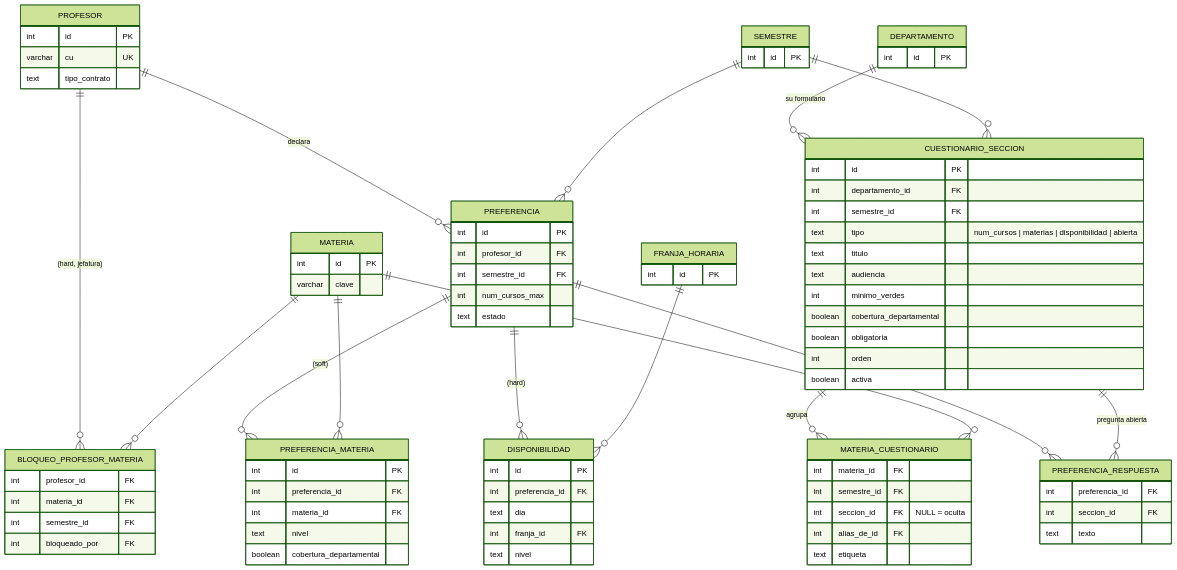
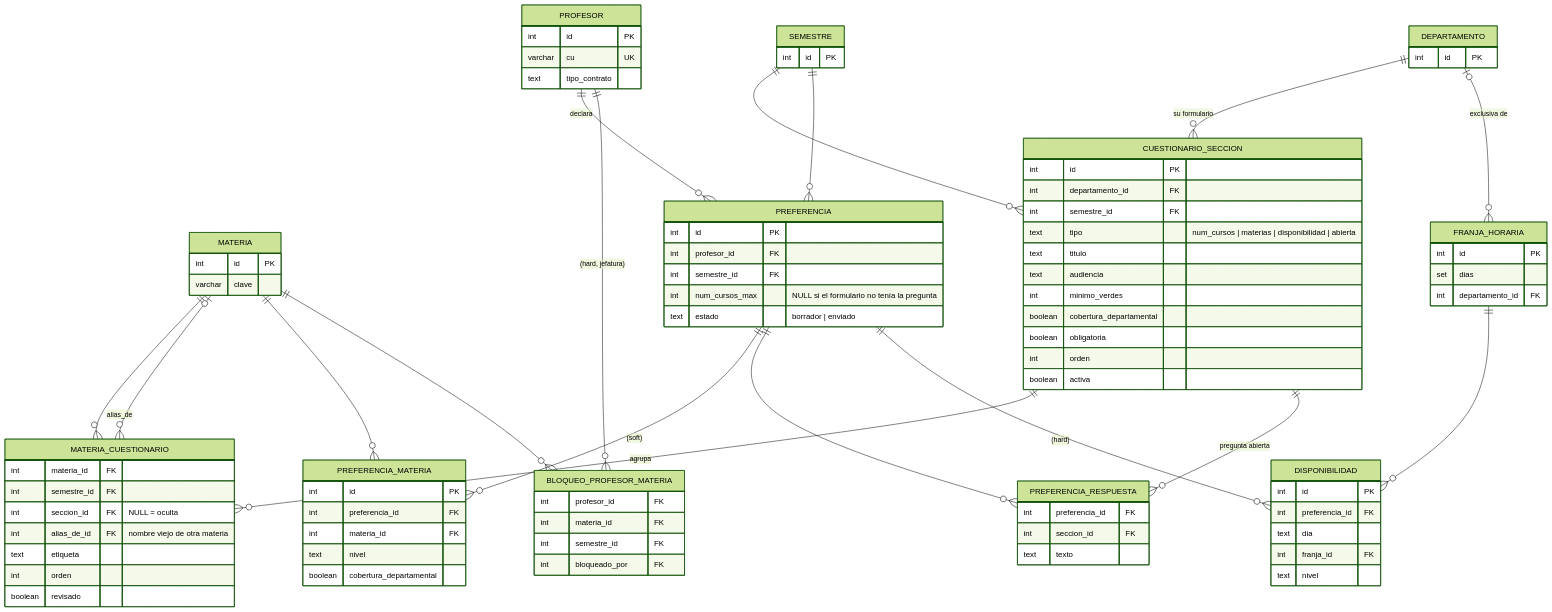
Before and after one commit to PauGarza/malla-horarios-web: the fourth of 5 diagrams in bd/diagrama-er.md, drawn with Mermaid (forest theme). The commit also changed other lines of this file and 5 other files, not shown here.

```diff
--- a/bd/diagrama-er.md
+++ b/bd/diagrama-er.md
@@ -247,15 +257,17 @@
         int materia_id FK
         int semestre_id FK
         int seccion_id FK "NULL = oculta"
-        int alias_de_id FK
+        int alias_de_id FK "nombre viejo de otra materia"
         text etiqueta
+        int orden
+        boolean revisado
     }
     PREFERENCIA {
         int id PK
         int profesor_id FK
         int semestre_id FK
-        int num_cursos_max
-        text estado
+        int num_cursos_max "NULL si el formulario no tenía la pregunta"
+        text estado "borrador | enviado"
     }
     PREFERENCIA_MATERIA {
         int id PK
@@ -284,12 +296,16 @@
     }
     FRANJA_HORARIA {
         int id PK
+        set dias
+        int departamento_id FK
     }
 
     DEPARTAMENTO ||--o{ CUESTIONARIO_SECCION : "su formulario"
     SEMESTRE ||--o{ CUESTIONARIO_SECCION : ""
     CUESTIONARIO_SECCION ||--o{ MATERIA_CUESTIONARIO : "agrupa"
     MATERIA ||--o{ MATERIA_CUESTIONARIO : ""
+    MATERIA |o--o{ MATERIA_CUESTIONARIO : "alias_de"
+    DEPARTAMENTO |o--o{ FRANJA_HORARIA : "exclusiva de"
     PROFESOR ||--o{ PREFERENCIA : "declara"
     SEMESTRE ||--o{ PREFERENCIA : ""
     PREFERENCIA ||--o{ PREFERENCIA_MATERIA : "(soft)"
```
